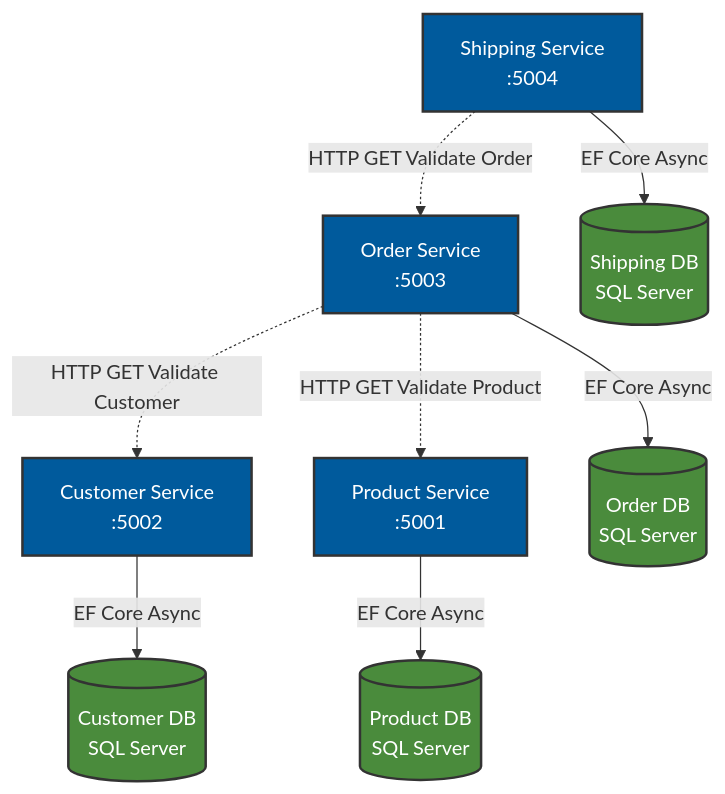
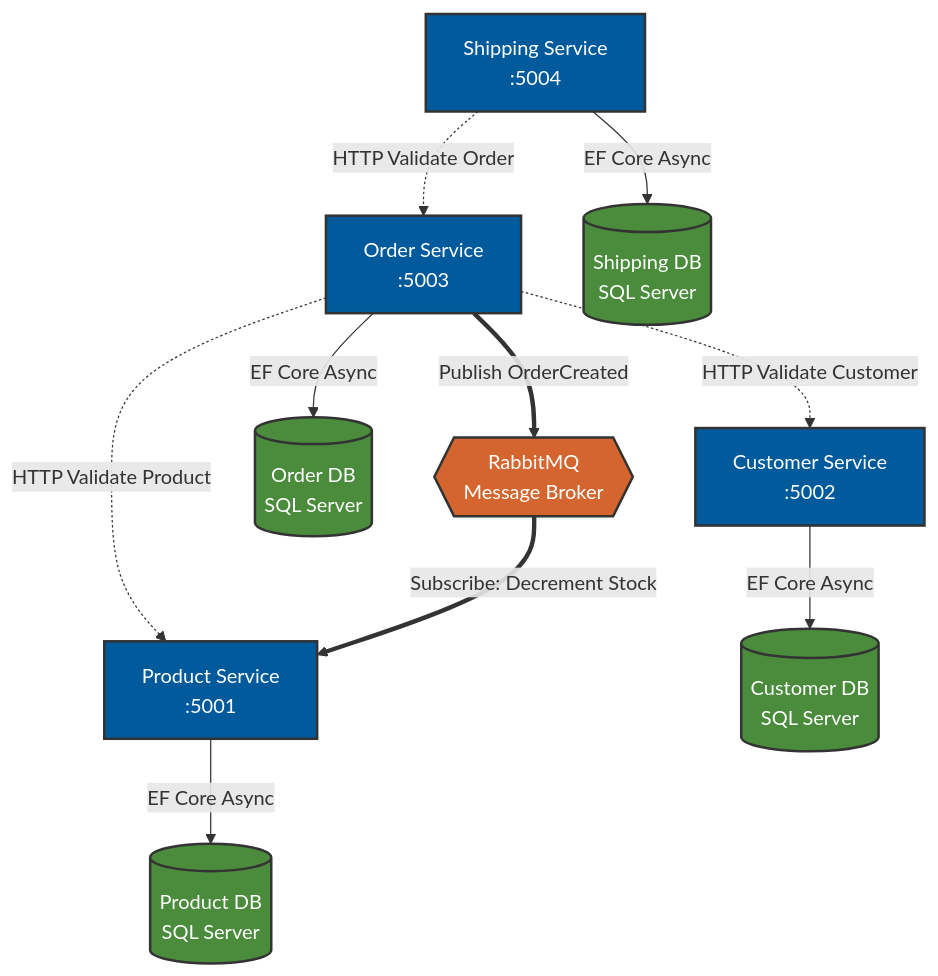
One commit to K-Arthur/GoCommerce changed the first of 3 diagrams in Project_Report.md. Above: the diagram before and after it, drawn with Mermaid. The commit also changed other lines of this file and 26 other files, not shown here.

Commit message:
feat: Implement event-driven order processing with RabbitMQ for product stock updates and introduce new DTOs across services.

````diff
--- a/Project_Report.md
+++ b/Project_Report.md
@@ -10,31 +10,40 @@
 ```mermaid
 flowchart TD
     %% Define Microservices
-    PS[Product Service\n:5001]
-    CS[Customer Service\n:5002]
-    OS[Order Service\n:5003]
-    SS[Shipping Service\n:5004]
+    PS["Product Service<br/>:5001"]
+    CS["Customer Service<br/>:5002"]
+    OS["Order Service<br/>:5003"]
+    SS["Shipping Service<br/>:5004"]
 
     %% Define Databases
-    PDB[(Product DB\nSQL Server)]
-    CDB[(Customer DB\nSQL Server)]
-    ODB[(Order DB\nSQL Server)]
-    SDB[(Shipping DB\nSQL Server)]
+    PDB[("Product DB<br/>SQL Server")]
+    CDB[("Customer DB<br/>SQL Server")]
+    ODB[("Order DB<br/>SQL Server")]
+    SDB[("Shipping DB<br/>SQL Server")]
+
+    %% Message Broker
+    RMQ{{"RabbitMQ<br/>Message Broker"}}
 
     %% Connections to DBs
     PS -->|EF Core Async| PDB
     CS -->|EF Core Async| CDB
     OS -->|EF Core Async| ODB
     SS -->|EF Core Async| SDB
 
     %% Synchronous HTTP Calls
-    OS -.->|HTTP GET Validate Customer| CS
-    OS -.->|HTTP GET Validate Product| PS
-    SS -.->|HTTP GET Validate Order| OS
+    OS -.->|HTTP Validate Customer| CS
+    OS -.->|HTTP Validate Product| PS
+    SS -.->|HTTP Validate Order| OS
+
+    %% Asynchronous Event Flow
+    OS ==>|Publish OrderCreated| RMQ
+    RMQ ==>|Subscribe: Decrement Stock| PS
 
     classDef service fill:#005A9C,stroke:#333,stroke-width:2px,color:#fff;
     classDef db fill:#4A8B3C,stroke:#333,stroke-width:2px,color:#fff;
+    classDef broker fill:#D4652F,stroke:#333,stroke-width:2px,color:#fff;
 
     class PS,CS,OS,SS service;
     class PDB,CDB,ODB,SDB db;
+    class RMQ broker;
 ```
````
